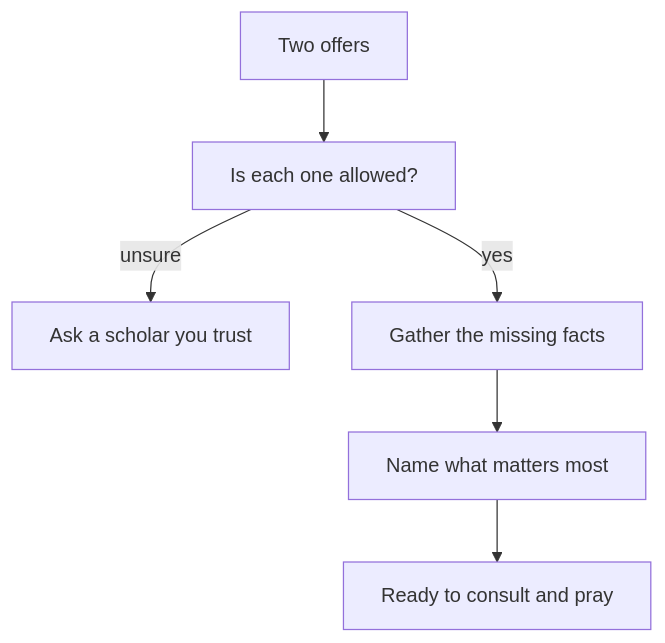
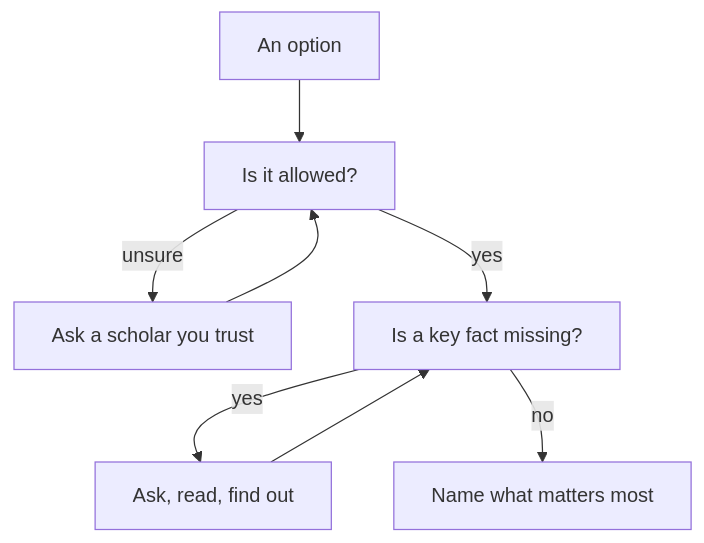
The diagram in content/import/faith-and-resilience/05-deciding-when-the-outcome-is-unclear/05.02-take-the-means-of-knowing.md (Muhammad-AnasKhan/Buildment), drawn with Mermaid before and after one commit. The commit also changed other lines of this file and 23 other files, not shown here.

````diff
--- a/content/import/faith-and-resilience/05-deciding-when-the-outcome-is-unclear/05.02-take-the-means-of-knowing.md
+++ b/content/import/faith-and-resilience/05-deciding-when-the-outcome-is-unclear/05.02-take-the-means-of-knowing.md
@@ -77,8 +79,10 @@
 ```mermaid
 flowchart TD
-  A["Two offers"] --> B["Is each one allowed?"]
+  A["An option"] --> B["Is it allowed?"]
   B -->|"unsure"| C["Ask a scholar you trust"]
-  B -->|"yes"| D["Gather the missing facts"]
-  D --> E["Name what matters most"]
-  E --> F["Ready to consult and pray"]
+  C --> B
+  B -->|"yes"| D["Is a key fact missing?"]
+  D -->|"yes"| E["Ask, read, find out"]
+  E --> D
+  D -->|"no"| F["Name what matters most"]
 ```
````
